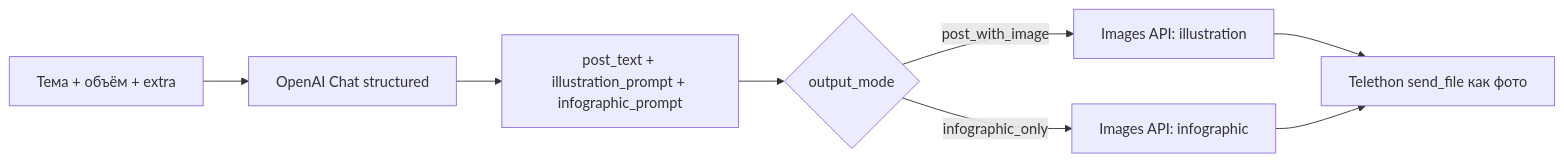
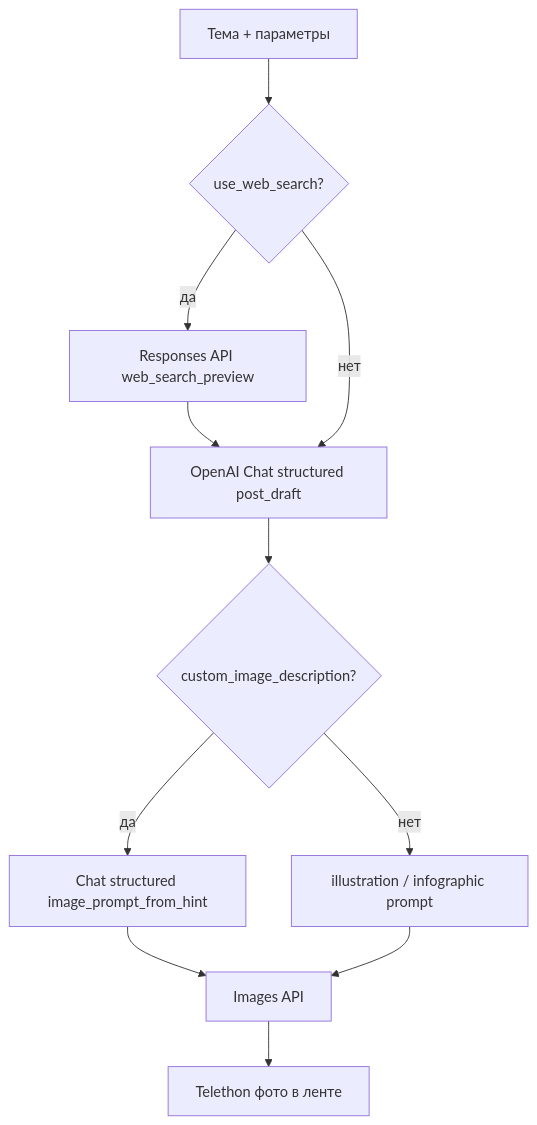
One commit to barsetca/tg-channel-intelli-dashboard changed the diagram in backend/docs/PUBLISHING.md. Above: the diagram before and after it, drawn with Mermaid. The commit also changed other lines of this file and 25 other files, not shown here.

````diff
--- a/backend/docs/PUBLISHING.md
+++ b/backend/docs/PUBLISHING.md
@@ -79,10 +87,13 @@
 ```mermaid
-flowchart LR
-  A[Тема + объём + extra] --> B[OpenAI Chat structured]
-  B --> C[post_text + illustration_prompt + infographic_prompt]
-  C --> D{output_mode}
-  D -->|post_with_image| E[Images API: illustration]
-  D -->|infographic_only| F[Images API: infographic]
-  E --> G[Telethon send_file как фото]
-  F --> G
+flowchart TD
+  A[Тема + параметры] --> B{use_web_search?}
+  B -->|да| C[Responses API web_search_preview]
+  C --> D[OpenAI Chat structured post_draft]
+  B -->|нет| D
+  D --> E{custom_image_description?}
+  E -->|да| F[Chat structured image_prompt_from_hint]
+  E -->|нет| G[illustration / infographic prompt]
+  F --> H[Images API]
+  G --> H
+  H --> I[Telethon фото в ленте]
 ```
````
